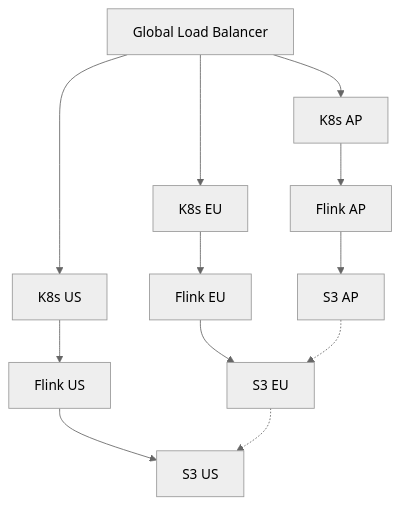
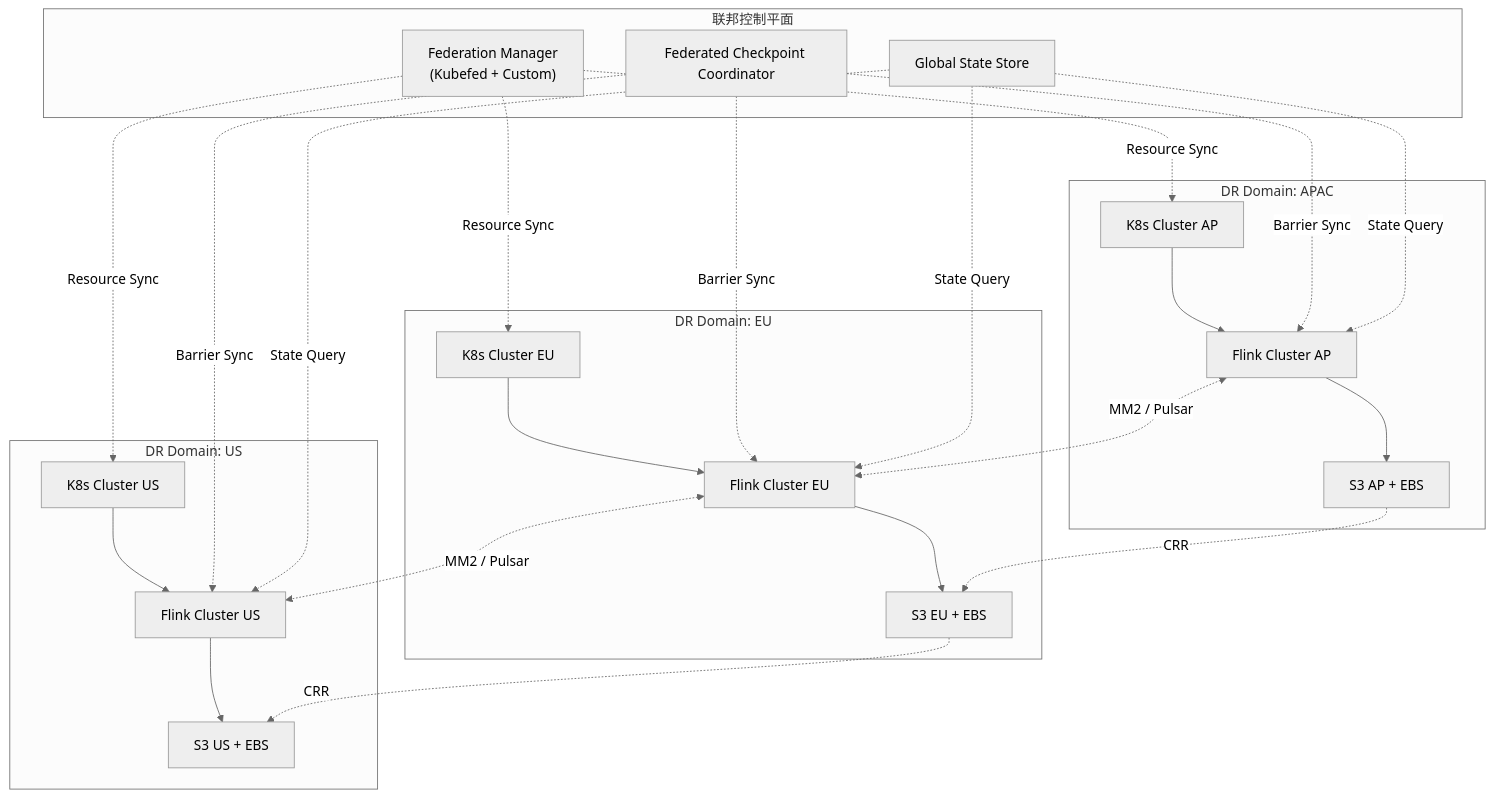
The first of 5 diagrams in Flink/09-practices/09.04-deployment/flink-multi-cluster-federation.md (AdaMartin18010/AnalysisDataFlow), drawn with Mermaid (neutral theme) before and after one commit. The commit also changed other lines of this file and 18 other files, not shown here.

````diff
--- a/Flink/09-practices/09.04-deployment/flink-multi-cluster-federation.md
+++ b/Flink/09-practices/09.04-deployment/flink-multi-cluster-federation.md
@@ -35,15 +164,46 @@
 ```mermaid
 graph TB
-    GLB[Global Load Balancer]
-    GLB --> K8sAP[K8s AP]
-    GLB --> K8sEU[K8s EU]
-    GLB --> K8sUS[K8s US]
-    K8sAP --> FlinkAP[Flink AP]
-    K8sEU --> FlinkEU[Flink EU]
-    K8sUS --> FlinkUS[Flink US]
-    FlinkAP --> StoreAP[S3 AP]
-    FlinkEU --> StoreEU[S3 EU]
-    FlinkUS --> StoreUS[S3 US]
-    StoreAP -.-> StoreEU
-    StoreEU -.-> StoreUS
+    subgraph "联邦控制平面"
+        FCC["Federated Checkpoint Coordinator"]
+        GSS["Global State Store"]
+        FM["Federation Manager<br/>(Kubefed + Custom)"]
+    end
+
+    subgraph "DR Domain: APAC"
+        K8sAP["K8s Cluster AP"]
+        FlinkAP["Flink Cluster AP"]
+        StoreAP["S3 AP + EBS"]
+        K8sAP --> FlinkAP
+        FlinkAP --> StoreAP
+    end
+
+    subgraph "DR Domain: EU"
+        K8sEU["K8s Cluster EU"]
+        FlinkEU["Flink Cluster EU"]
+        StoreEU["S3 EU + EBS"]
+        K8sEU --> FlinkEU
+        FlinkEU --> StoreEU
+    end
+
+    subgraph "DR Domain: US"
+        K8sUS["K8s Cluster US"]
+        FlinkUS["Flink Cluster US"]
+        StoreUS["S3 US + EBS"]
+        K8sUS --> FlinkUS
+        FlinkUS --> StoreUS
+    end
+
+    FCC -.->|Barrier Sync| FlinkAP
+    FCC -.->|Barrier Sync| FlinkEU
+    FCC -.->|Barrier Sync| FlinkUS
+    GSS -.->|State Query| FlinkAP
+    GSS -.->|State Query| FlinkEU
+    GSS -.->|State Query| FlinkUS
+    FM -.->|Resource Sync| K8sAP
+    FM -.->|Resource Sync| K8sEU
+    FM -.->|Resource Sync| K8sUS
+    StoreAP -.->|CRR| StoreEU
+    StoreEU -.->|CRR| StoreUS
+    FlinkAP <-.->|MM2 / Pulsar| FlinkEU
+    FlinkEU <-.->|MM2 / Pulsar| FlinkUS
 ```
````
